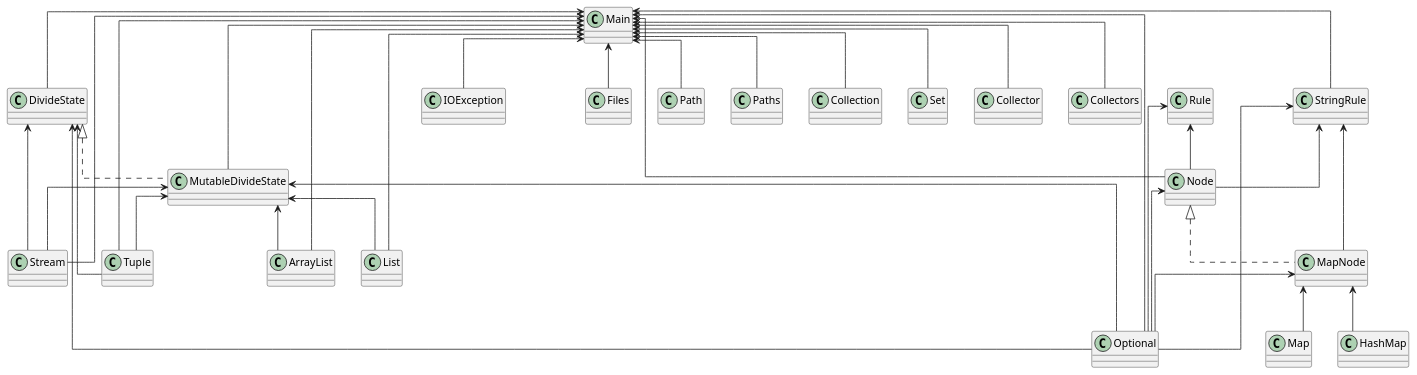
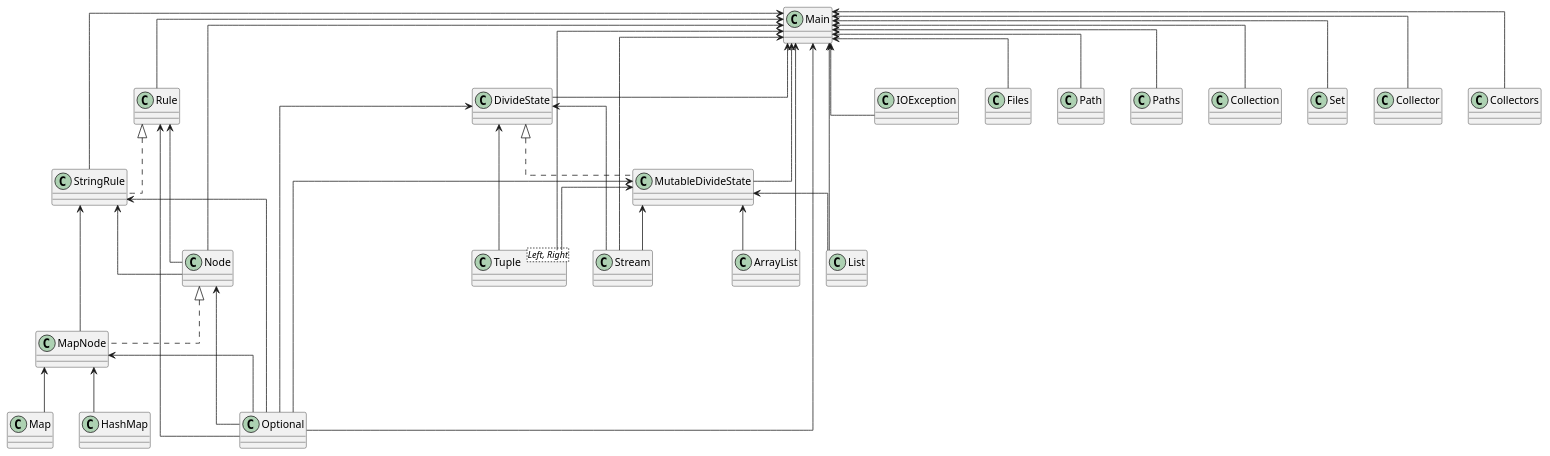
Before and after one commit to SirMathhman/Magma: the diagram in diagram.puml, drawn with PlantUML. The commit also changed 1 other file, not shown here.

Commit message:
Record implements

```diff
--- a/diagram.puml
+++ b/diagram.puml
@@ -1,47 +1,50 @@
 @startuml
 skinparam linetype ortho
 class StringRule
 StringRule <-- MapNode
 StringRule <-- Node
 StringRule <-- Optional
+class StringRule implements Rule
 class Rule
 Rule <-- Node
 Rule <-- Optional
 class Main
 Main <-- Tuple
 Main <-- DivideState
 Main <-- MutableDivideState
 Main <-- Node
+Main <-- Rule
 Main <-- StringRule
 Main <-- IOException
 Main <-- Files
 Main <-- Path
 Main <-- Paths
 Main <-- ArrayList
 Main <-- Collection
 Main <-- List
 Main <-- Optional
 Main <-- Set
 Main <-- Collector
 Main <-- Collectors
 Main <-- Stream
 class Node
 Node <-- Optional
 class MutableDivideState
 MutableDivideState <-- Tuple
 MutableDivideState <-- ArrayList
 MutableDivideState <-- List
 MutableDivideState <-- Optional
 MutableDivideState <-- Stream
 class MutableDivideState implements DivideState 
 class Tuple
+class Tuple<Left, Right> 
 class DivideState
 DivideState <-- Tuple
 DivideState <-- Optional
 DivideState <-- Stream
 class MapNode
 MapNode <-- HashMap
 MapNode <-- Map
 MapNode <-- Optional
 class MapNode implements Node 
 @enduml
```
